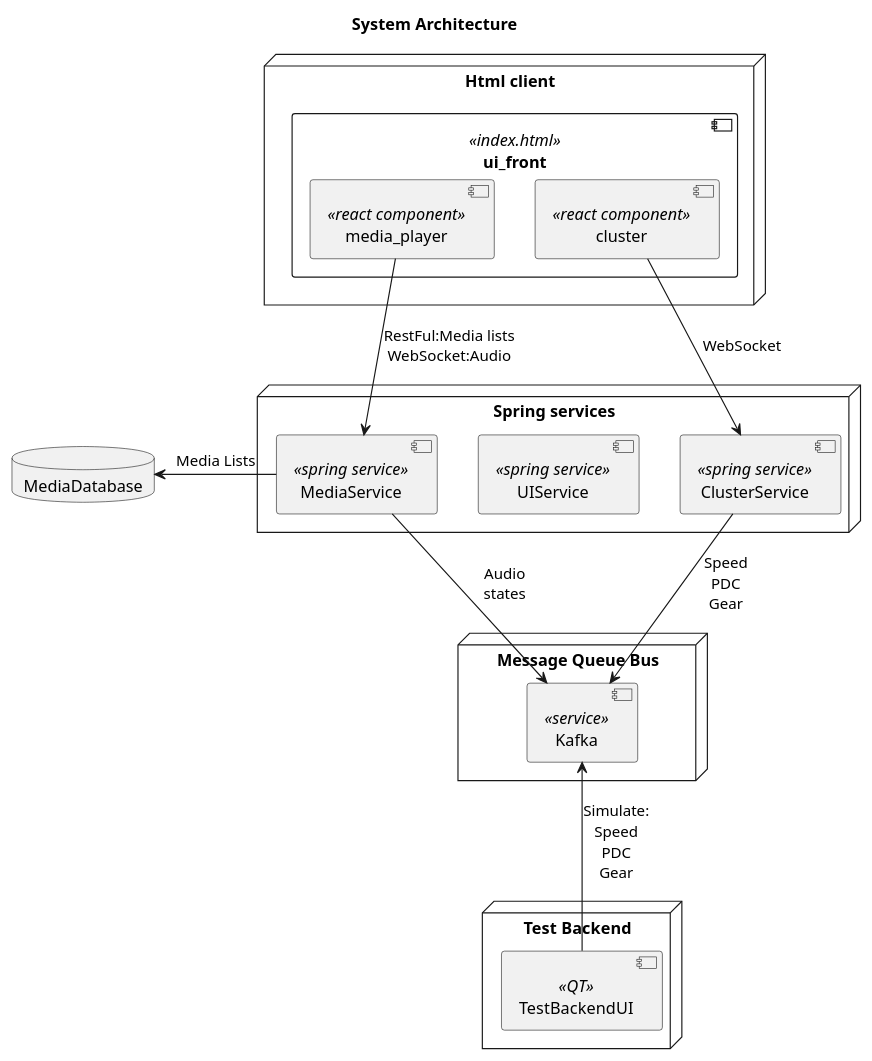
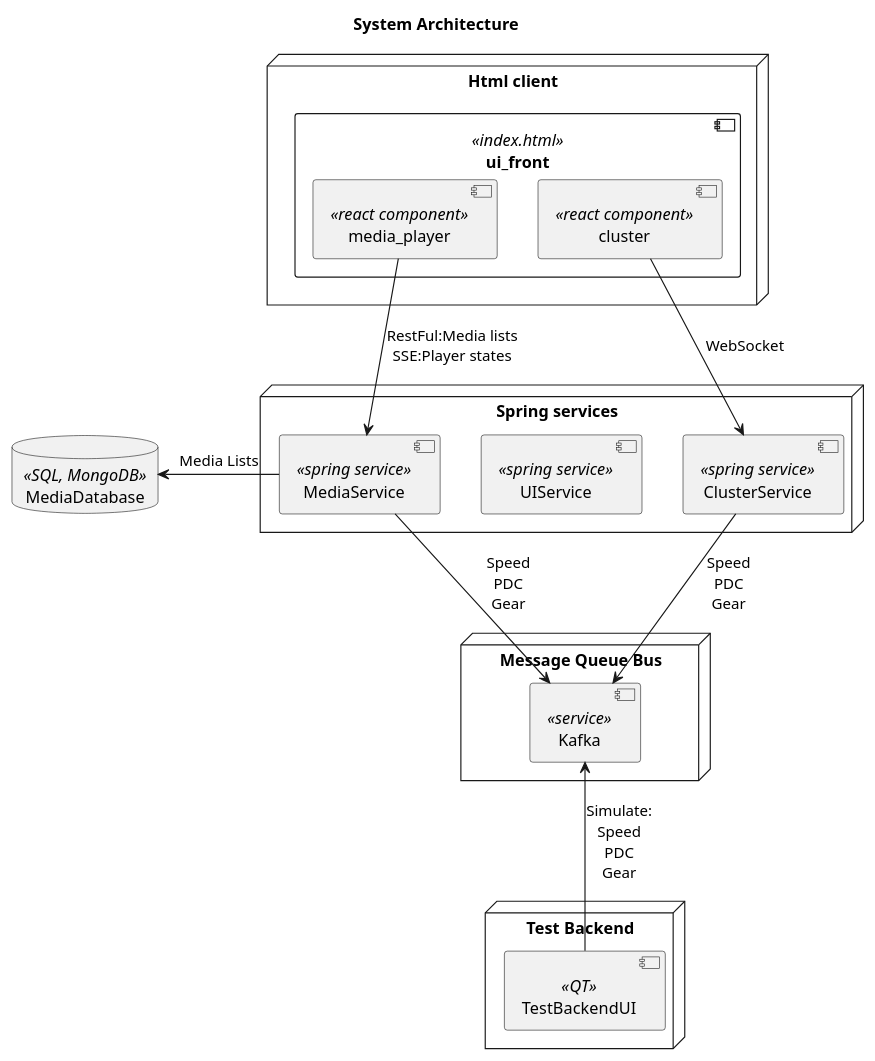
One commit to unim-hub/spring-car-demo changed the diagram in model/uml/SWA_Overview.puml. Above: the diagram before and after it, drawn with PlantUML. The commit also changed 30 other files, not shown here.

Commit message:
Implementation: Gear, MediaPlayer

```diff
--- a/model/uml/SWA_Overview.puml
+++ b/model/uml/SWA_Overview.puml
@@ -1,38 +1,39 @@
 @startuml SysA
 title System Architecture
 
 node "Html client" {
     component ui_front <<index.html>> {
         component media_player <<react component>>
         component cluster <<react component>>
     }
 }
 
 node "Spring services" {
     component UIService <<spring service>>
     component MediaService <<spring service>>
     component ClusterService <<spring service>>
 }
 
-database MediaDatabase {
+database MediaDatabase <<SQL, MongoDB>>{
+
 }
 
 node "Message Queue Bus" {
     component Kafka <<service>>
 }
 
 node "Test Backend" {
   component TestBackendUI <<QT>>
 }
 
 
-media_player -down-> MediaService: RestFul:Media lists\nWebSocket:Audio
+media_player -down-> MediaService: RestFul:Media lists\nSSE:Player states
 cluster -down-> ClusterService: WebSocket
 
 MediaService -left-> MediaDatabase: Media Lists
-MediaService -down-> Kafka: Audio\nstates
+MediaService -down-> Kafka: Speed\nPDC\nGear
 ClusterService -down-> Kafka: Speed\nPDC\nGear
 
 TestBackendUI -up-> Kafka: Simulate:\nSpeed\nPDC\nGear
 
 @enduml
```
